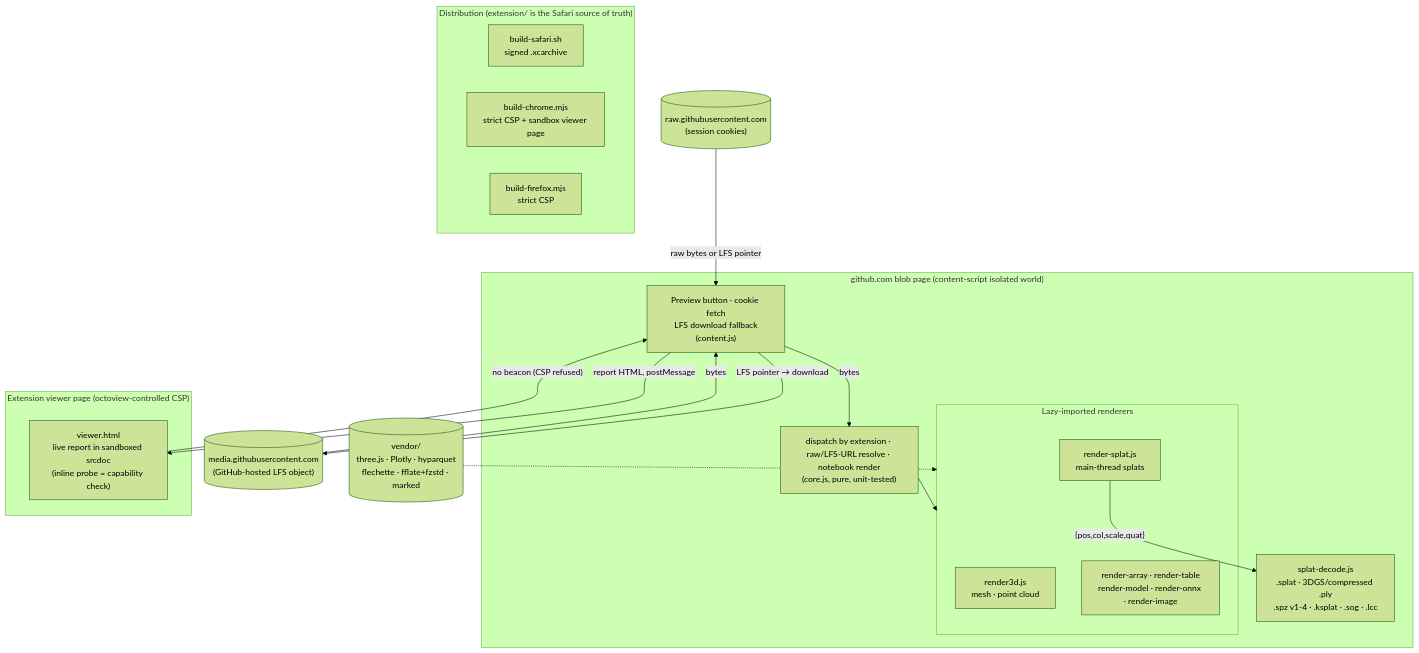
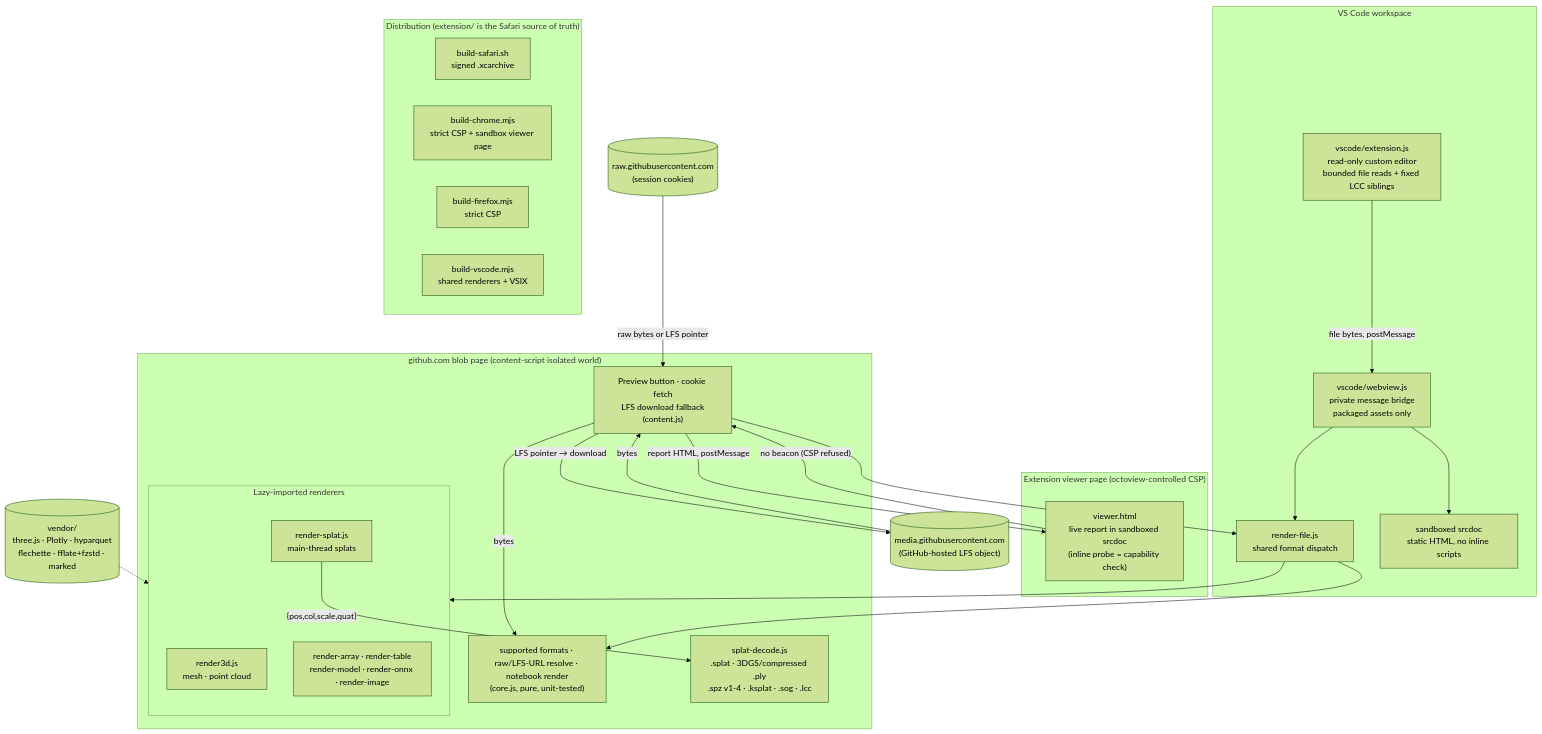
Before and after one commit to affromero/octoview: the diagram in README.md, drawn with Mermaid (forest theme). The commit also changed other lines of this file and 19 other files, not shown here.

Commit message:
Add VS Code previews with shared renderers

````diff
--- a/README.md
+++ b/README.md
@@ -187,37 +187,49 @@
 ```mermaid
 flowchart TD
     subgraph blob["github.com blob page (content-script isolated world)"]
         content["Preview button · cookie fetch<br/>LFS download fallback<br/>(content.js)"]
-        core["dispatch by extension · raw/LFS-URL resolve · notebook render<br/>(core.js, pure, unit-tested)"]
+        core["supported formats · raw/LFS-URL resolve · notebook render<br/>(core.js, pure, unit-tested)"]
         subgraph renderers["Lazy-imported renderers"]
             r3d["render3d.js<br/>mesh · point cloud"]
             rsplat["render-splat.js<br/>main-thread splats"]
             rmisc["render-array · render-table<br/>render-model · render-onnx · render-image"]
         end
         decode["splat-decode.js<br/>.splat · 3DGS/compressed .ply<br/>.spz v1-4 · .ksplat · .sog · .lcc"]
     end
 
     subgraph pages["Extension viewer page (octoview-controlled CSP)"]
         viewer["viewer.html<br/>live report in sandboxed srcdoc<br/>(inline probe = capability check)"]
     end
 
     gh[("raw.githubusercontent.com<br/>(session cookies)")]
     lfs[("media.githubusercontent.com<br/>(GitHub-hosted LFS object)")]
     vendor[("vendor/<br/>three.js · Plotly · hyparquet<br/>flechette · fflate+fzstd · marked")]
 
     content -->|bytes| core
     gh -->|raw bytes or LFS pointer| content
     content -->|LFS pointer → download| lfs
     lfs -->|bytes| content
-    core --> renderers
     rsplat -->|"{pos,col,scale,quat}"| decode
     vendor -.-> renderers
+    subgraph vscode["VS Code workspace"]
+        host["vscode/extension.js<br/>read-only custom editor<br/>bounded file reads + fixed LCC siblings"]
+        webview["vscode/webview.js<br/>private message bridge<br/>packaged assets only"]
+        dispatch["render-file.js<br/>shared format dispatch"]
+        frames["sandboxed srcdoc<br/>static HTML, no inline scripts"]
+    end
+    host -->|"file bytes, postMessage"| webview
+    webview --> dispatch
+    content --> dispatch
+    dispatch --> renderers
+    dispatch --> core
+    webview --> frames
     content -->|report HTML, postMessage| viewer
     viewer -->|"no beacon (CSP refused)"| content
 
     subgraph builds["Distribution (extension/ is the Safari source of truth)"]
         safari["build-safari.sh<br/>signed .xcarchive"]
         chrome["build-chrome.mjs<br/>strict CSP + sandbox viewer page"]
         firefox["build-firefox.mjs<br/>strict CSP"]
+        vsix["build-vscode.mjs<br/>shared renderers + VSIX"]
     end
 ```
````
